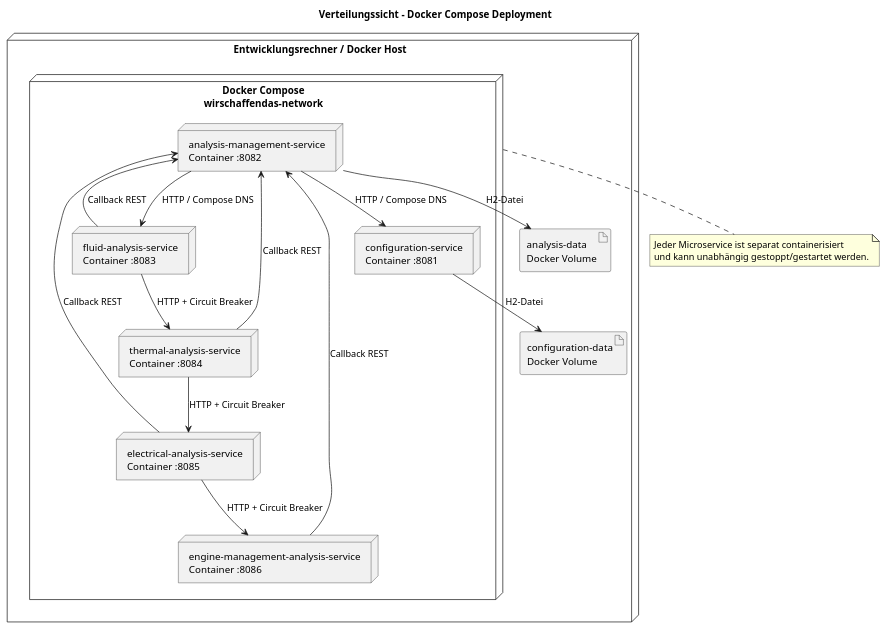
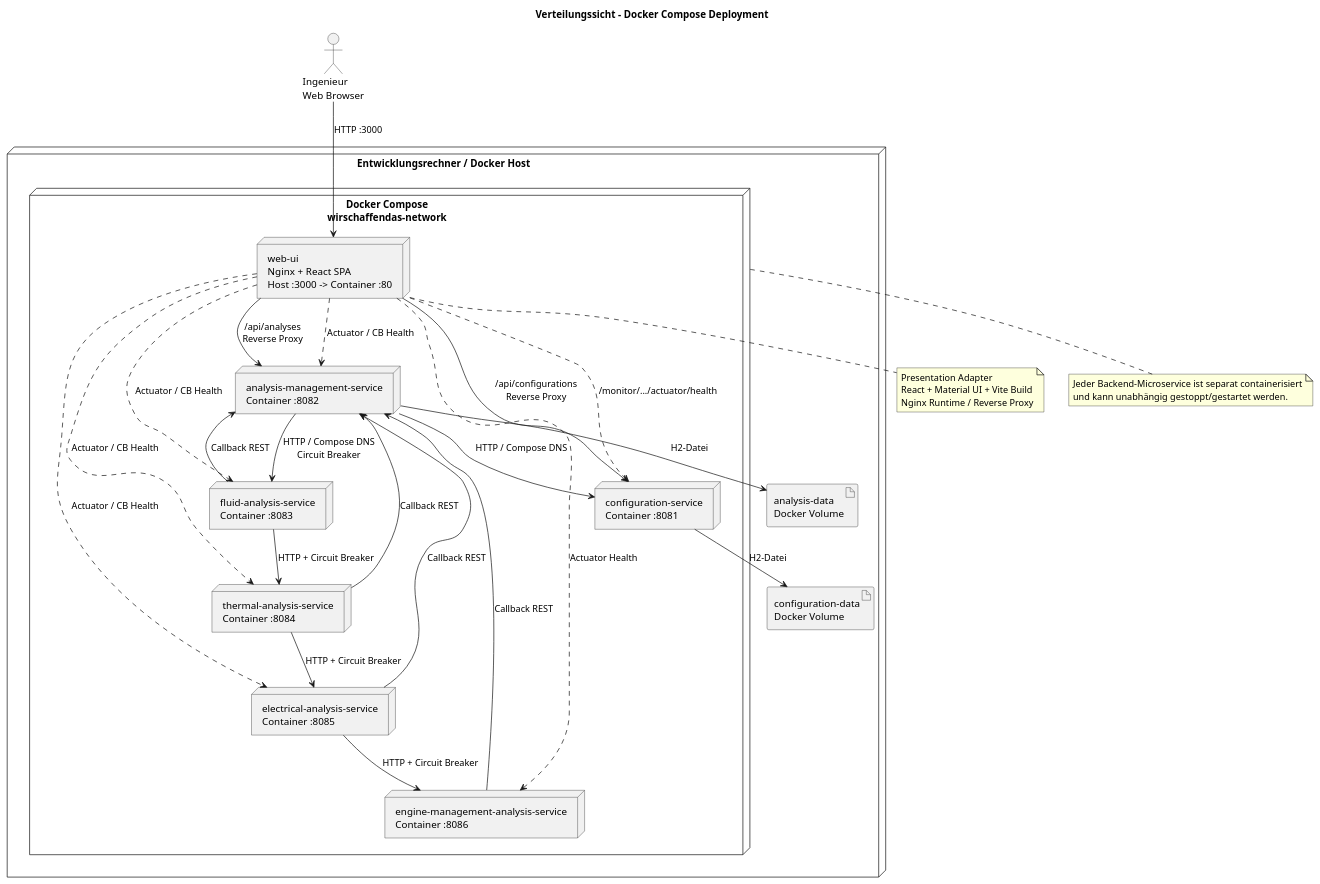
The diagram in docs/diagrams/deployment.puml (yunusemresirin/WirSchaffenDas), drawn with PlantUML before and after one commit. The commit also changed 23 other files, not shown here.

```diff
--- a/docs/diagrams/deployment.puml
+++ b/docs/diagrams/deployment.puml
@@ -1,39 +1,58 @@
 @startuml
 skinparam componentStyle rectangle
 
 title Verteilungssicht – Docker Compose Deployment
 
+actor "Ingenieur\nWeb Browser" as Browser
+
 node "Entwicklungsrechner / Docker Host" as Host {
     node "Docker Compose\nwirschaffendas-network" as Network {
+        node "web-ui\nNginx + React SPA\nHost :3000 -> Container :80" as WebUI
         node "configuration-service\nContainer :8081" as Configuration
         node "analysis-management-service\nContainer :8082" as Management
         node "fluid-analysis-service\nContainer :8083" as Fluid
         node "thermal-analysis-service\nContainer :8084" as Thermal
         node "electrical-analysis-service\nContainer :8085" as Electrical
         node "engine-management-analysis-service\nContainer :8086" as Engine
     }
 
     artifact "configuration-data\nDocker Volume" as ConfigVolume
     artifact "analysis-data\nDocker Volume" as AnalysisVolume
 }
 
+Browser --> WebUI : HTTP :3000
+WebUI --> Configuration : /api/configurations\nReverse Proxy
+WebUI --> Management : /api/analyses\nReverse Proxy
+WebUI ..> Configuration : /monitor/.../actuator/health
+WebUI ..> Management : Actuator / CB Health
+WebUI ..> Fluid : Actuator / CB Health
+WebUI ..> Thermal : Actuator / CB Health
+WebUI ..> Electrical : Actuator / CB Health
+WebUI ..> Engine : Actuator Health
+
 Configuration --> ConfigVolume : H2-Datei
 Management --> AnalysisVolume : H2-Datei
 
 Management --> Configuration : HTTP / Compose DNS
-Management --> Fluid : HTTP / Compose DNS
+Management --> Fluid : HTTP / Compose DNS\nCircuit Breaker
 Fluid --> Thermal : HTTP + Circuit Breaker
 Thermal --> Electrical : HTTP + Circuit Breaker
 Electrical --> Engine : HTTP + Circuit Breaker
 
 Fluid --> Management : Callback REST
 Thermal --> Management : Callback REST
 Electrical --> Management : Callback REST
 Engine --> Management : Callback REST
 
+note bottom of WebUI
+  Presentation Adapter
+  React + Material UI + Vite Build
+  Nginx Runtime / Reverse Proxy
+end note
+
 note bottom of Network
-  Jeder Microservice ist separat containerisiert
+  Jeder Backend-Microservice ist separat containerisiert
   und kann unabhängig gestoppt/gestartet werden.
 end note
 
 @enduml
```
